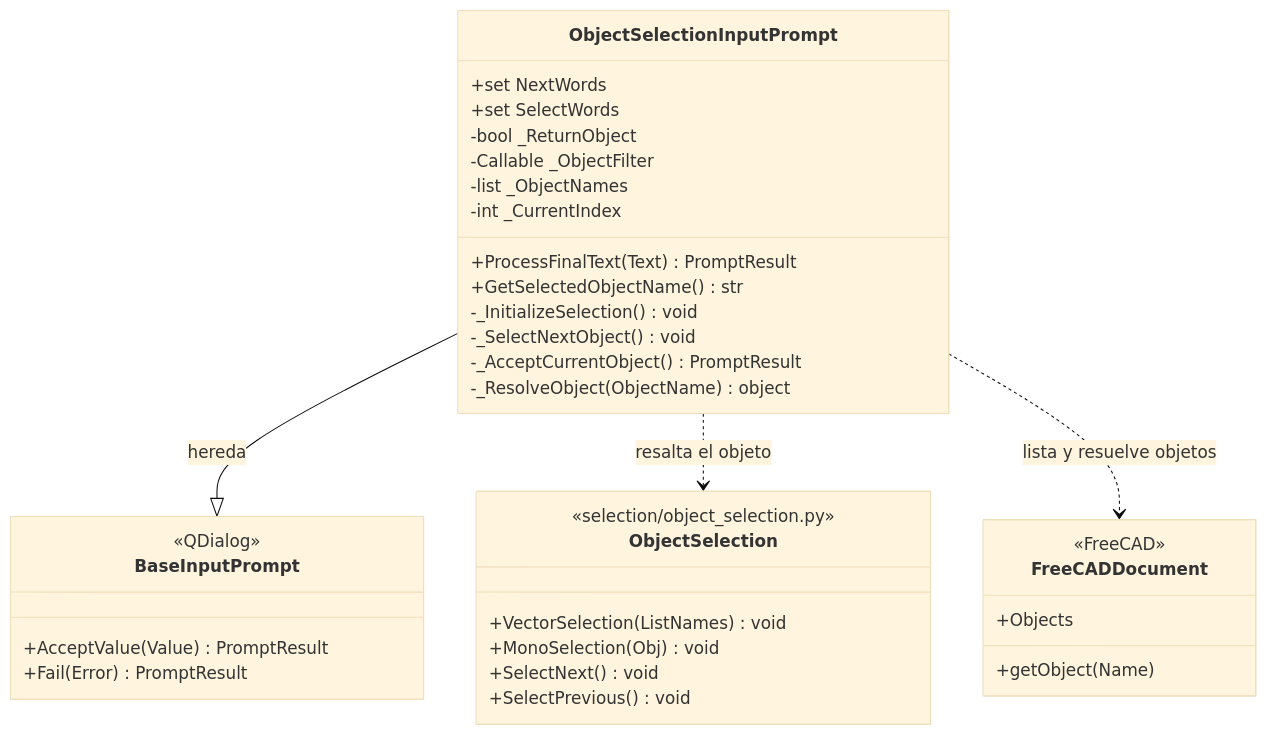
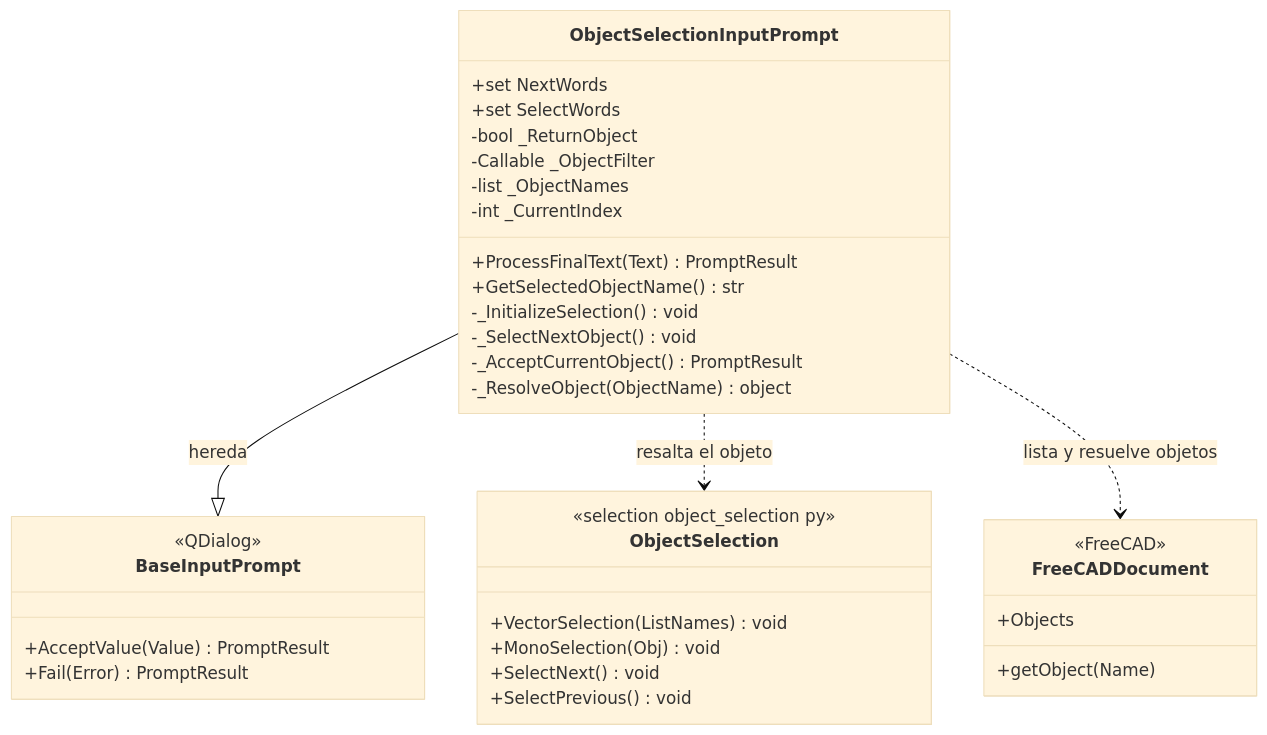
The diagram in Dav/docs/diagramas/ObjectSelectionInputPrompt.md (DAv-Project-Team-UADER/DAV), drawn with Mermaid (base theme) before and after one commit. The commit also changed 12 other files, not shown here.

First line of the commit message:
Docs: revamp dic/CONTEXT and fix diagrams

````diff
--- a/Dav/docs/diagramas/ObjectSelectionInputPrompt.md
+++ b/Dav/docs/diagramas/ObjectSelectionInputPrompt.md
@@ -10,41 +10,41 @@
 ```mermaid
 classDiagram
     class BaseInputPrompt {
         <<QDialog>>
         +AcceptValue(Value) PromptResult
         +Fail(Error) PromptResult
     }
 
     class ObjectSelectionInputPrompt {
         +set NextWords
         +set SelectWords
         -bool _ReturnObject
         -Callable _ObjectFilter
         -list _ObjectNames
         -int _CurrentIndex
         +ProcessFinalText(Text) PromptResult
         +GetSelectedObjectName() str
         -_InitializeSelection() void
         -_SelectNextObject() void
         -_AcceptCurrentObject() PromptResult
         -_ResolveObject(ObjectName) object
     }
 
     class ObjectSelection {
-        <<selection/object_selection.py>>
+        <<selection object_selection py>>
         +VectorSelection(ListNames) void
         +MonoSelection(Obj) void
         +SelectNext() void
         +SelectPrevious() void
     }
 
     class FreeCADDocument {
         <<FreeCAD>>
         +Objects
         +getObject(Name)
     }
 
     ObjectSelectionInputPrompt --|> BaseInputPrompt : hereda
     ObjectSelectionInputPrompt ..> ObjectSelection : resalta el objeto
     ObjectSelectionInputPrompt ..> FreeCADDocument : lista y resuelve objetos
 ```
````
